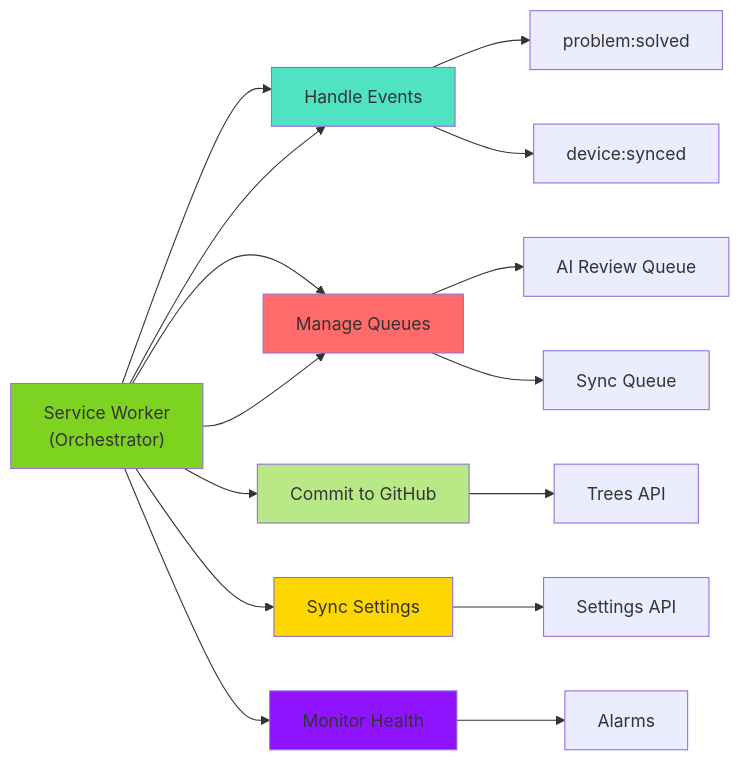
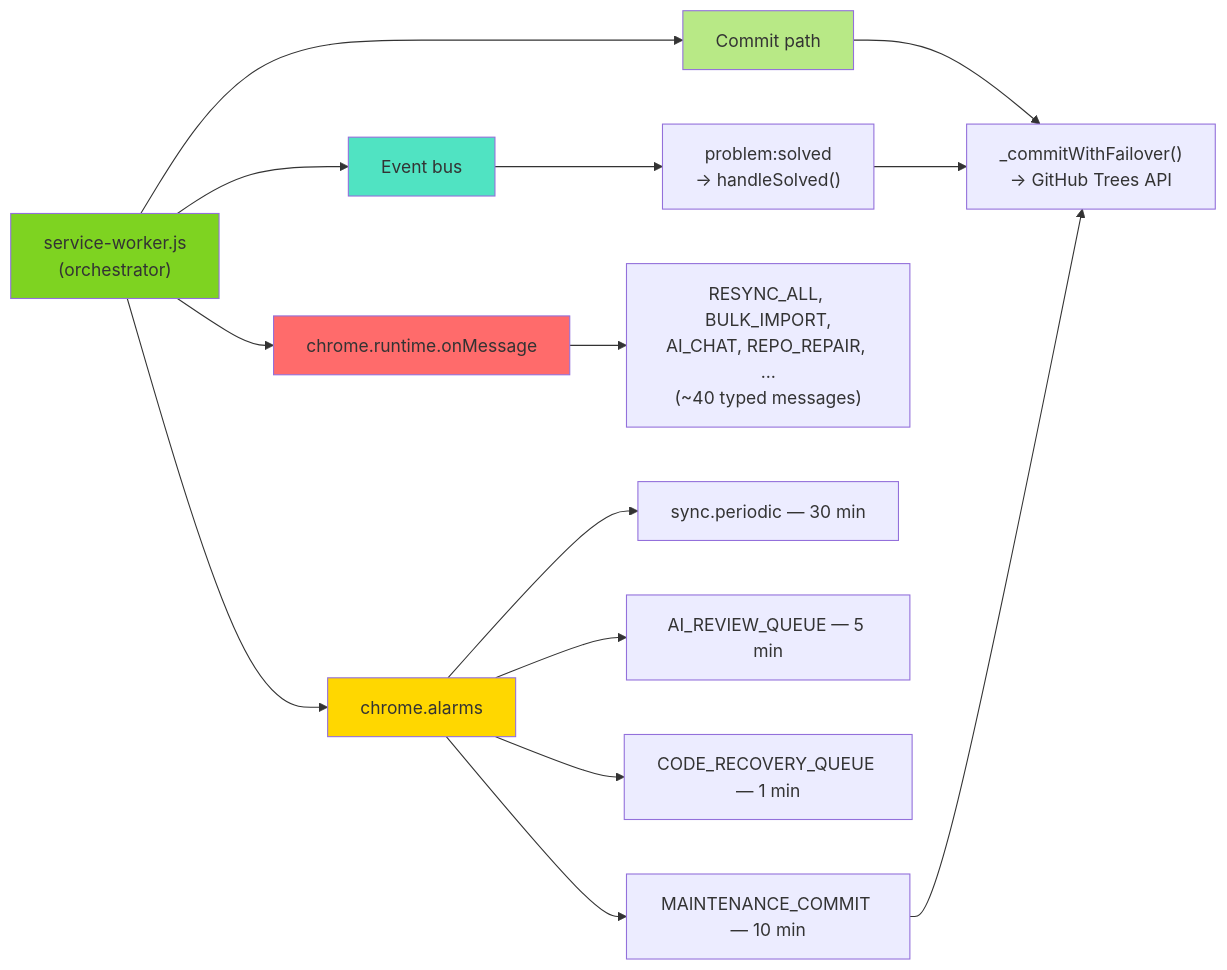
One commit to Life-Experimentalist/Code-Ledger changed the second of 8 diagrams in docs/architecture/system-architecture.md. Above: the diagram before and after it, drawn with Mermaid. The commit also changed other lines of this file and 3 other files, not shown here.

````diff
--- a/docs/architecture/system-architecture.md
+++ b/docs/architecture/system-architecture.md
@@ -171,33 +172,34 @@
 ```mermaid
 graph LR
-    A["Service Worker<br/>(Orchestrator)"]
+    A["service-worker.js<br/>(orchestrator)"]
 
-    B1["Handle Events"]
-    B2["Manage Queues"]
-    B3["Commit to GitHub"]
-    B4["Sync Settings"]
-    B5["Monitor Health"]
+    B1["Event bus"]
+    B2["chrome.runtime.onMessage"]
+    B3["chrome.alarms"]
+    B4["Commit path"]
 
-    C1["problem:solved"]
-    C2["device:synced"]
-    C3["AI Review Queue"]
-    C4["Sync Queue"]
-    C5["Trees API"]
-    C6["Settings API"]
-    C7["Alarms"]
+    C1["problem:solved<br/>→ handleSolved()"]
+    C2["RESYNC_ALL, BULK_IMPORT,<br/>AI_CHAT, REPO_REPAIR, …<br/>(~40 typed messages)"]
+    C3["sync.periodic — 30 min"]
+    C4["AI_REVIEW_QUEUE — 5 min"]
+    C5["CODE_RECOVERY_QUEUE — 1 min"]
+    C6["MAINTENANCE_COMMIT — 10 min"]
+    C7["_commitWithFailover()<br/>→ GitHub Trees API"]
 
     A --> B1 --> C1
-    A --> B1 --> C2
-    A --> B2 --> C3
-    A --> B2 --> C4
-    A --> B3 --> C5
-    A --> B4 --> C6
-    A --> B5 --> C7
+    A --> B2 --> C2
+    A --> B3 --> C3
+    B3 --> C4
+    B3 --> C5
+    B3 --> C6
+    A --> B4 --> C7
+
+    C1 --> C7
+    C6 --> C7
 
     style A fill:#7ED321
     style B1 fill:#50E3C2
     style B2 fill:#FF6B6B
-    style B3 fill:#B8E986
-    style B4 fill:#FFD700
-    style B5 fill:#9013FE
+    style B3 fill:#FFD700
+    style B4 fill:#B8E986
 ```
````
